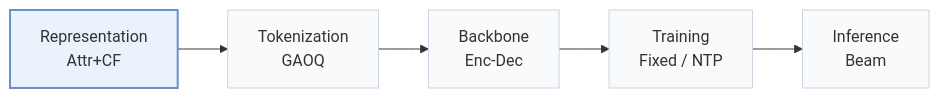
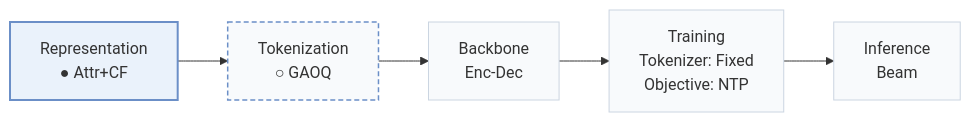
The first of 2 diagrams in pages/papers/resid.md (Galaxy-ghost/Awesome-SID-Generative-Rec), drawn with Mermaid before and after one commit. The commit also changed other lines of this file and 558 other files, not shown here.

````diff
--- a/pages/papers/resid.md
+++ b/pages/papers/resid.md
@@ -15,8 +18,10 @@
 ```mermaid
 flowchart LR
-    R["Representation<br/>Attr+CF"] --> T["Tokenization<br/>GAOQ"] --> B["Backbone<br/>Enc-Dec"] --> TR["Training<br/>Fixed / NTP"] --> I["Inference<br/>Beam"]
+    R["Representation<br/>● Attr+CF"] --> T["Tokenization<br/>○ GAOQ"] --> B["Backbone<br/>Enc-Dec"] --> TR["Training<br/>Tokenizer: Fixed<br/>Objective: NTP"] --> I["Inference<br/>Beam"]
     classDef base fill:#f8fafc,stroke:#cbd5e1
     class R,T,B,TR,I base
+    classDef other fill:#f8fafc,stroke:#6b8fc7,stroke-width:1.5px,stroke-dasharray:5 3
+    class T other
     classDef main fill:#eaf2fb,stroke:#6b8fc7,stroke-width:2px
     class R main
 ```
````
